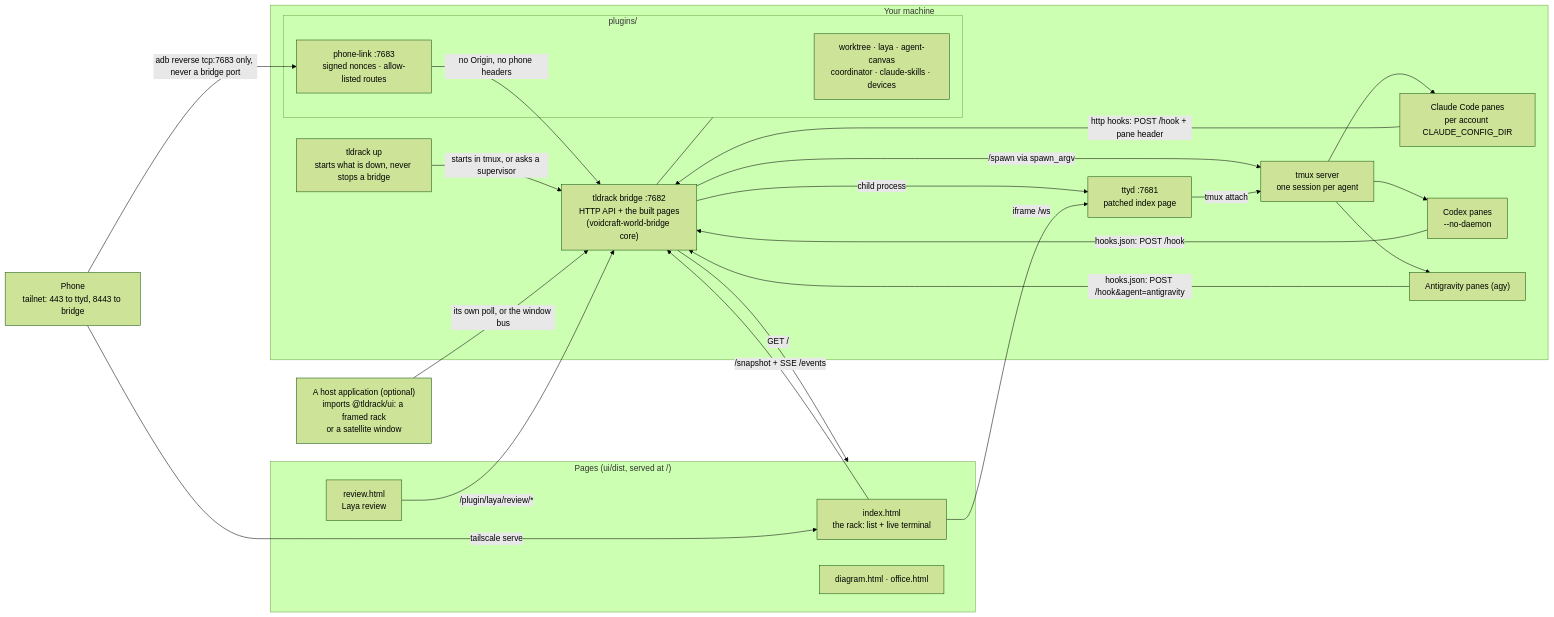
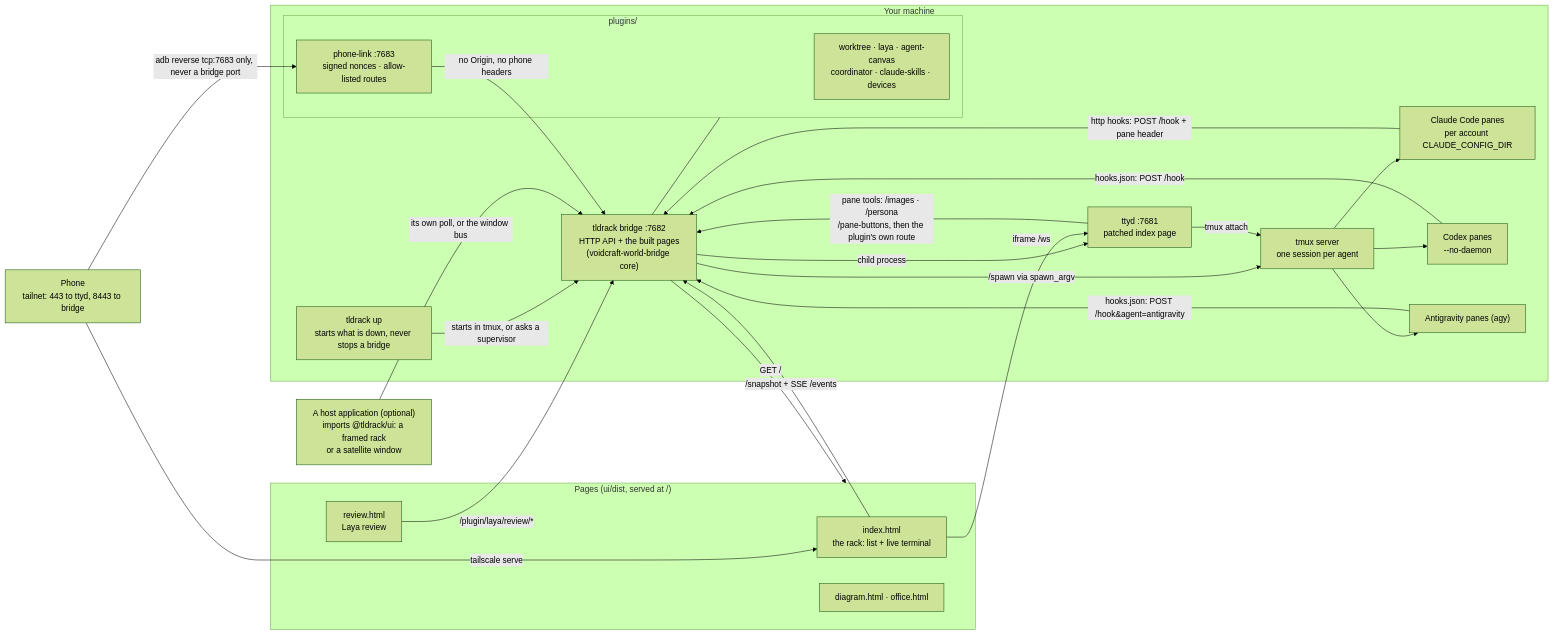
Before and after one commit to voidcraft-world/tldrack: the first of 9 diagrams in ui/src/agent-rack-diagram/rack-architecture.md, drawn with Mermaid (forest theme). The commit also changed 7 other files, not shown here.

First line of the commit message:
bridge: a plugin may put a button in every terminal pane

````diff
--- a/ui/src/agent-rack-diagram/rack-architecture.md
+++ b/ui/src/agent-rack-diagram/rack-architecture.md
@@ -12,43 +12,44 @@
 ```mermaid
 flowchart LR
     subgraph machine["Your machine"]
         up["tldrack up<br/>starts what is down, never stops a bridge"]
         bridge["tldrack bridge :7682<br/>HTTP API + the built pages<br/>(voidcraft-world-bridge core)"]
         ttyd["ttyd :7681<br/>patched index page"]
         tmux["tmux server<br/>one session per agent"]
         claude["Claude Code panes<br/>per account CLAUDE_CONFIG_DIR"]
         codex["Codex panes<br/>--no-daemon"]
         agy["Antigravity panes (agy)"]
         subgraph plugins["plugins/"]
             rp["worktree · laya · agent-canvas<br/>coordinator · claude-skills · devices"]
             pl["phone-link :7683<br/>signed nonces · allow-listed routes"]
         end
     end
     subgraph pages["Pages (ui/dist, served at /)"]
         rack["index.html<br/>the rack: list + live terminal"]
         review["review.html<br/>Laya review"]
         more["diagram.html · office.html"]
     end
     host["A host application (optional)<br/>imports @tldrack/ui: a framed rack<br/>or a satellite window"]
     phone["Phone<br/>tailnet: 443 to ttyd, 8443 to bridge"]
 
     up -->|"starts in tmux, or asks a supervisor"| bridge
     bridge -->|"child process"| ttyd
     bridge -->|"/spawn via spawn_argv"| tmux
     ttyd -->|"tmux attach"| tmux
+    ttyd -->|"pane tools: /images · /persona<br/>/pane-buttons, then the plugin's own route"| bridge
     tmux --> claude
     tmux --> codex
     tmux --> agy
     bridge --- plugins
     bridge -->|"GET /"| pages
     claude -->|"http hooks: POST /hook + pane header"| bridge
     codex -->|"hooks.json: POST /hook"| bridge
     agy -->|"hooks.json: POST /hook&agent=antigravity"| bridge
     rack -->|"/snapshot + SSE /events"| bridge
     rack -->|"iframe /ws"| ttyd
     review -->|"/plugin/laya/review/*"| bridge
     host -->|"its own poll, or the window bus"| bridge
     phone -->|"tailscale serve"| rack
     phone -->|"adb reverse tcp:7683 only, never a bridge port"| pl
     pl -->|"no Origin, no phone headers"| bridge
 ```
````
